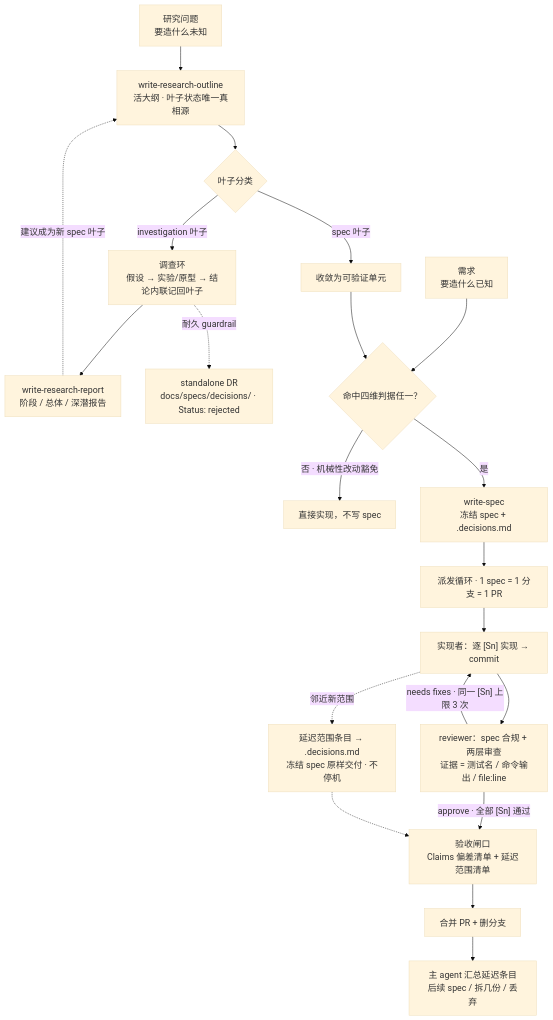
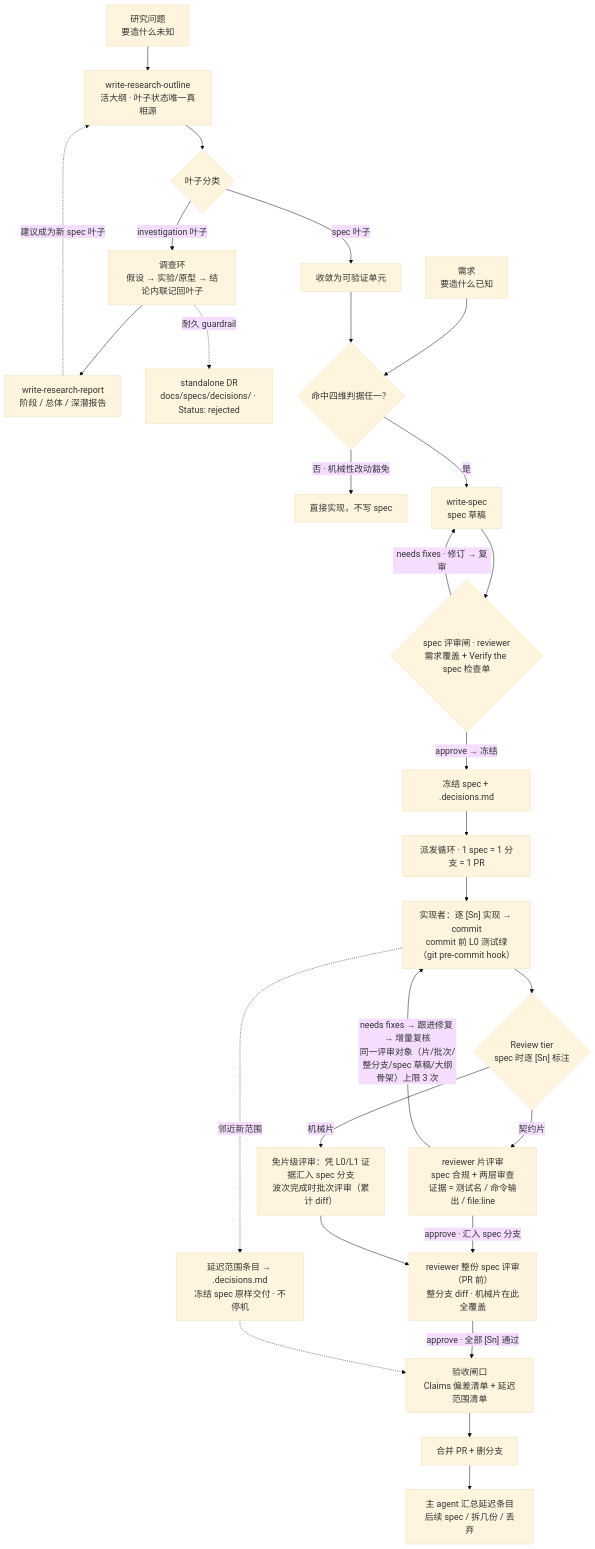
Before and after one commit to nightBrise/sci-spec-loop-skill: the first of 2 diagrams in README.md, drawn with Mermaid. The commit also changed other lines of this file and 8 other files, not shown here.

````diff
--- a/README.md
+++ b/README.md
@@ -62,26 +65,33 @@
 ```mermaid
 %%{init: {"theme":"base","themeVariables":{"fontSize":"18px"}}}%%
 flowchart TD
     A["研究问题<br/>要造什么未知"] --> B["write-research-outline<br/>活大纲 · 叶子状态唯一真相源"]
     B --> C{"叶子分类"}
     C -->|spec 叶子| D["收敛为可验证单元"]
     C -->|investigation 叶子| E["调查环<br/>假设 → 实验/原型 → 结论内联记回叶子"]
     E --> F["write-research-report<br/>阶段 / 总体 / 深潜报告"]
     F -.->|建议成为新 spec 叶子| B
     E -.->|耐久 guardrail| G["standalone DR<br/>docs/specs/decisions/ · Status: rejected"]
 
     H["需求<br/>要造什么已知"] --> I{"命中四维判据任一？"}
     D --> I
     I -->|否 · 机械性改动豁免| J["直接实现，不写 spec"]
-    I -->|是| K["write-spec<br/>冻结 spec + .decisions.md"]
+    I -->|是| K["write-spec<br/>spec 草稿"]
+    K --> K1{"spec 评审闸 · reviewer<br/>需求覆盖 + Verify the spec 检查单"}
+    K1 -->|"needs fixes · 修订 → 复审"| K
+    K1 -->|approve → 冻结| K2["冻结 spec + .decisions.md"]
 
-    K --> L["派发循环 · 1 spec = 1 分支 = 1 PR"]
-    L --> M["实现者：逐 [Sn] 实现 → commit"]
-    M --> N["reviewer：spec 合规 + 两层审查<br/>证据 = 测试名 / 命令输出 / file:line"]
-    N -->|"needs fixes · 同一 [Sn] 上限 3 次"| M
+    K2 --> L["派发循环 · 1 spec = 1 分支 = 1 PR"]
+    L --> M["实现者：逐 [Sn] 实现 → commit<br/>commit 前 L0 测试绿（git pre-commit hook）"]
+    M --> T{"Review tier<br/>spec 时逐 [Sn] 标注"}
+    T -->|契约片| N["reviewer 片评审<br/>spec 合规 + 两层审查<br/>证据 = 测试名 / 命令输出 / file:line"]
+    T -->|机械片| N2["免片级评审：凭 L0/L1 证据汇入 spec 分支<br/>波次完成时批次评审（累计 diff）"]
+    N -->|"needs fixes → 跟进修复 → 增量复核<br/>同一评审对象（片/批次/整分支/spec 草稿/大纲骨架）上限 3 次"| M
     M -.->|邻近新范围| P["延迟范围条目 → .decisions.md<br/>冻结 spec 原样交付 · 不停机"]
-    N -->|"approve · 全部 [Sn] 通过"| O["验收闸口<br/>Claims 偏差清单 + 延迟范围清单"]
+    N -->|approve · 汇入 spec 分支| W["reviewer 整份 spec 评审（PR 前）<br/>整分支 diff · 机械片在此全覆盖"]
+    N2 --> W
+    W -->|"approve · 全部 [Sn] 通过"| O["验收闸口<br/>Claims 偏差清单 + 延迟范围清单"]
     P -.-> O
     O --> Q["合并 PR + 删分支"]
     Q --> R["主 agent 汇总延迟条目<br/>后续 spec / 拆几份 / 丢弃"]
 ```
````
